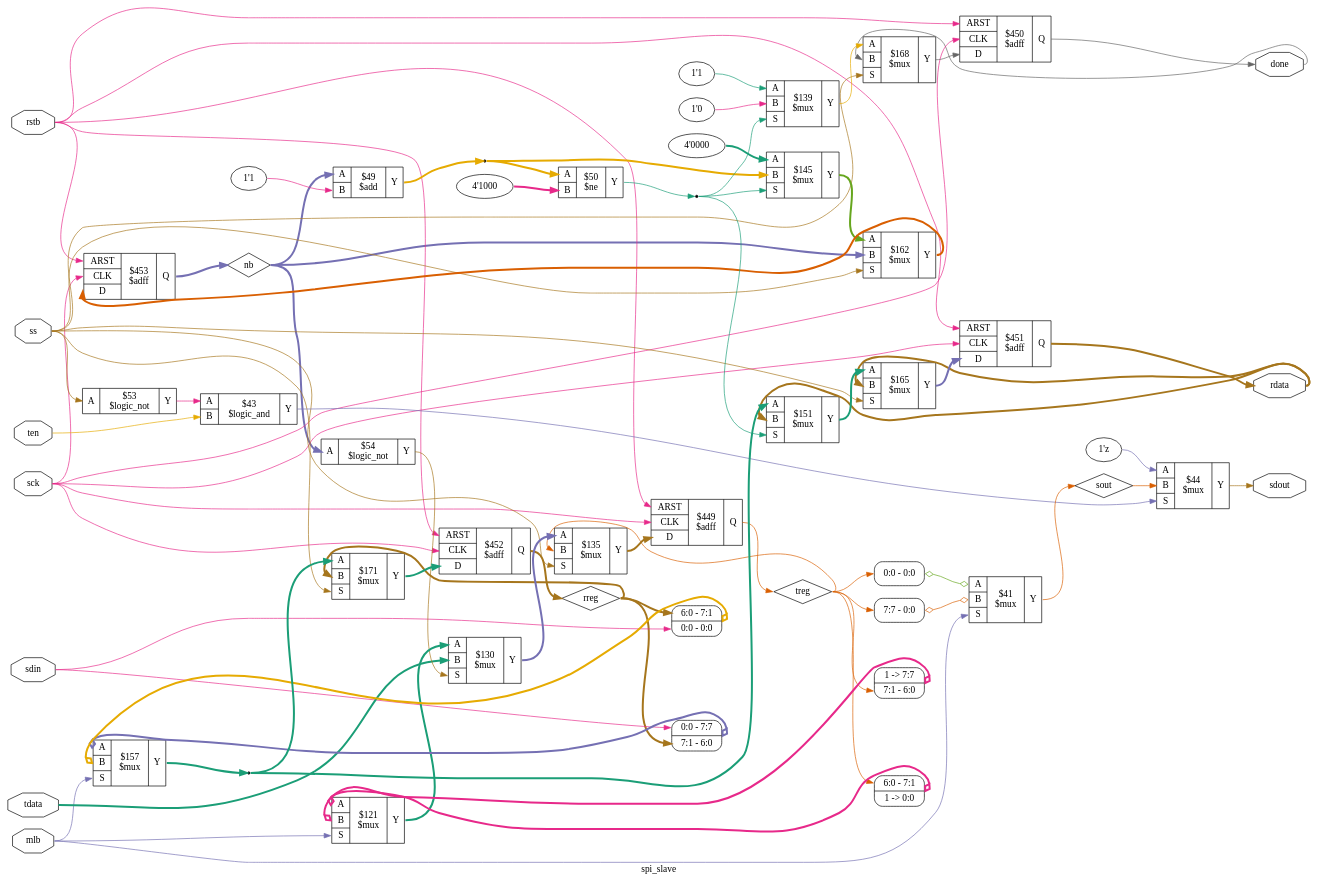
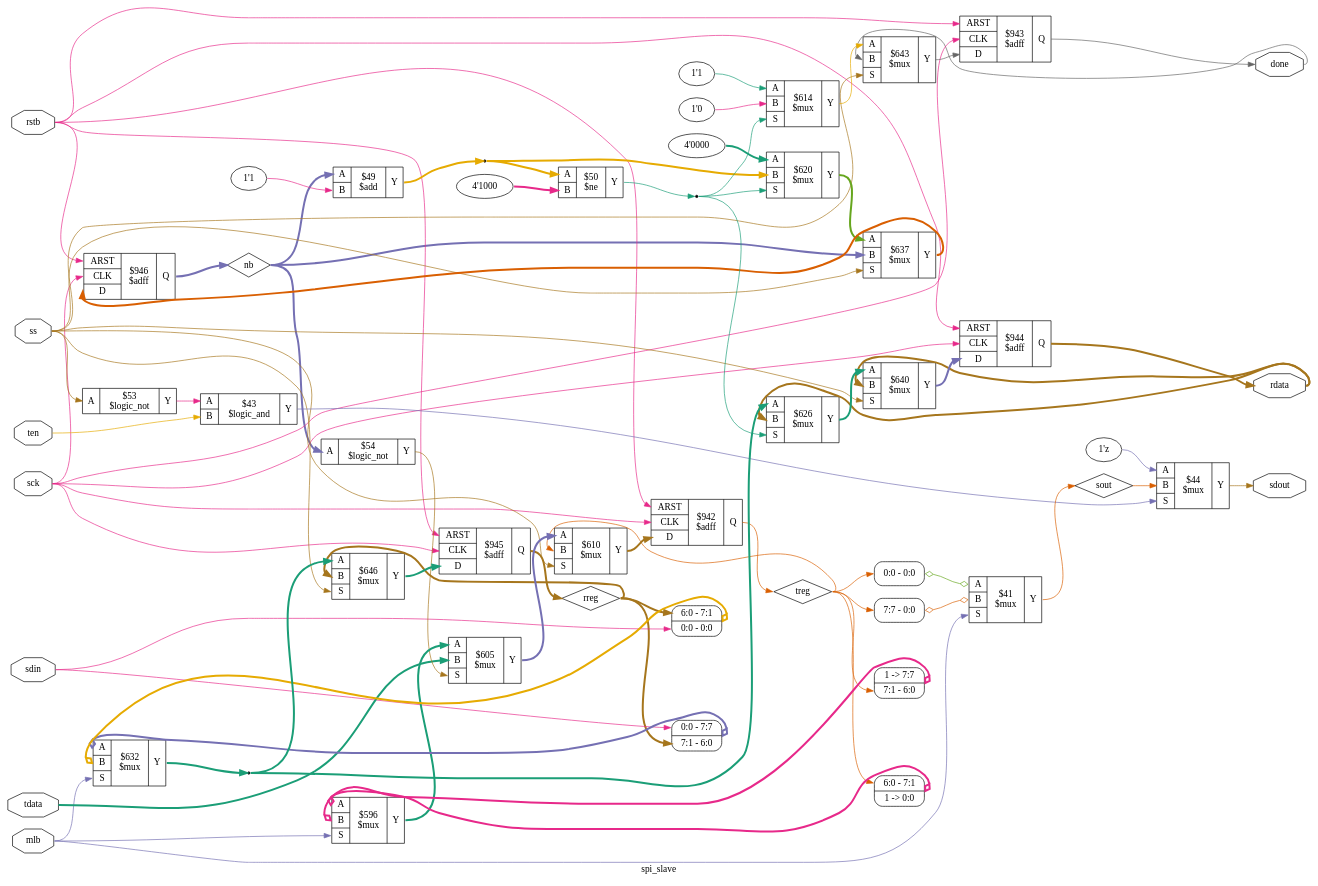
Before and after one commit to TDT4295-2019-groupA/FPGA: the diagram in graphs/yosys/spi_slave_opt.dot, drawn with Graphviz. The commit also changed 81 other files, not shown here.

Commit message:
run make graphs

```diff
--- a/graphs/yosys/spi_slave_opt.dot
+++ b/graphs/yosys/spi_slave_opt.dot
@@ -1,139 +1,139 @@
 digraph "spi_slave" {
 label="spi_slave";
 rankdir="LR";
 remincross=true;
 n17 [ shape=octagon, label="done", color="black", fontcolor="black" ];
 n18 [ shape=octagon, label="mlb", color="black", fontcolor="black" ];
 n19 [ shape=diamond, label="nb", color="black", fontcolor="black" ];
 n20 [ shape=octagon, label="rdata", color="black", fontcolor="black" ];
 n21 [ shape=diamond, label="rreg", color="black", fontcolor="black" ];
 n22 [ shape=octagon, label="rstb", color="black", fontcolor="black" ];
 n23 [ shape=octagon, label="sck", color="black", fontcolor="black" ];
 n24 [ shape=octagon, label="sdin", color="black", fontcolor="black" ];
 n25 [ shape=octagon, label="sdout", color="black", fontcolor="black" ];
 n26 [ shape=diamond, label="sout", color="black", fontcolor="black" ];
 n27 [ shape=octagon, label="ss", color="black", fontcolor="black" ];
 n28 [ shape=octagon, label="tdata", color="black", fontcolor="black" ];
 n29 [ shape=octagon, label="ten", color="black", fontcolor="black" ];
 n30 [ shape=diamond, label="treg", color="black", fontcolor="black" ];
 { rank="source"; n18; n22; n23; n24; n27; n28; n29;}
 { rank="sink"; n17; n20; n25;}
 v0 [ label="1'1" ];
 c34 [ shape=record, label="{{<p31> A|<p32> B}|$49\n$add|{<p33> Y}}" ];
 c35 [ shape=record, label="{{<p31> A}|$54\n$logic_not|{<p33> Y}}" ];
 c36 [ shape=record, label="{{<p31> A|<p32> B}|$43\n$logic_and|{<p33> Y}}" ];
 c37 [ shape=record, label="{{<p31> A}|$53\n$logic_not|{<p33> Y}}" ];
 v1 [ label="4'1000" ];
 c38 [ shape=record, label="{{<p31> A|<p32> B}|$50\n$ne|{<p33> Y}}" ];
-c43 [ shape=record, label="{{<p39> ARST|<p40> CLK|<p41> D}|$449\n$adff|{<p42> Q}}" ];
-c44 [ shape=record, label="{{<p39> ARST|<p40> CLK|<p41> D}|$450\n$adff|{<p42> Q}}" ];
-c45 [ shape=record, label="{{<p39> ARST|<p40> CLK|<p41> D}|$451\n$adff|{<p42> Q}}" ];
-c46 [ shape=record, label="{{<p39> ARST|<p40> CLK|<p41> D}|$452\n$adff|{<p42> Q}}" ];
-c47 [ shape=record, label="{{<p39> ARST|<p40> CLK|<p41> D}|$453\n$adff|{<p42> Q}}" ];
-c49 [ shape=record, label="{{<p31> A|<p32> B|<p48> S}|$121\n$mux|{<p33> Y}}" ];
+c43 [ shape=record, label="{{<p39> ARST|<p40> CLK|<p41> D}|$942\n$adff|{<p42> Q}}" ];
+c44 [ shape=record, label="{{<p39> ARST|<p40> CLK|<p41> D}|$943\n$adff|{<p42> Q}}" ];
+c45 [ shape=record, label="{{<p39> ARST|<p40> CLK|<p41> D}|$944\n$adff|{<p42> Q}}" ];
+c46 [ shape=record, label="{{<p39> ARST|<p40> CLK|<p41> D}|$945\n$adff|{<p42> Q}}" ];
+c47 [ shape=record, label="{{<p39> ARST|<p40> CLK|<p41> D}|$946\n$adff|{<p42> Q}}" ];
+c49 [ shape=record, label="{{<p31> A|<p32> B|<p48> S}|$596\n$mux|{<p33> Y}}" ];
 x2 [ shape=record, style=rounded, label="1 -&gt; 7:7 |<s0> 7:1 - 6:0 " ];
 x2:e -> c49:p31:w [arrowhead=odiamond, arrowtail=odiamond, dir=both, colorscheme="dark28", color="4", fontcolor="4", style="setlinewidth(3)", label=""];
 x3 [ shape=record, style=rounded, label="<s1> 6:0 - 7:1 |1 -&gt; 0:0 " ];
 x3:e -> c49:p32:w [arrowhead=odiamond, arrowtail=odiamond, dir=both, colorscheme="dark28", color="4", fontcolor="4", style="setlinewidth(3)", label=""];
-c50 [ shape=record, label="{{<p31> A|<p32> B|<p48> S}|$130\n$mux|{<p33> Y}}" ];
-c51 [ shape=record, label="{{<p31> A|<p32> B|<p48> S}|$135\n$mux|{<p33> Y}}" ];
+c50 [ shape=record, label="{{<p31> A|<p32> B|<p48> S}|$605\n$mux|{<p33> Y}}" ];
+c51 [ shape=record, label="{{<p31> A|<p32> B|<p48> S}|$610\n$mux|{<p33> Y}}" ];
 v4 [ label="1'1" ];
 v5 [ label="1'0" ];
-c52 [ shape=record, label="{{<p31> A|<p32> B|<p48> S}|$139\n$mux|{<p33> Y}}" ];
+c52 [ shape=record, label="{{<p31> A|<p32> B|<p48> S}|$614\n$mux|{<p33> Y}}" ];
 v6 [ label="4'0000" ];
-c53 [ shape=record, label="{{<p31> A|<p32> B|<p48> S}|$145\n$mux|{<p33> Y}}" ];
-c54 [ shape=record, label="{{<p31> A|<p32> B|<p48> S}|$151\n$mux|{<p33> Y}}" ];
-c55 [ shape=record, label="{{<p31> A|<p32> B|<p48> S}|$157\n$mux|{<p33> Y}}" ];
+c53 [ shape=record, label="{{<p31> A|<p32> B|<p48> S}|$620\n$mux|{<p33> Y}}" ];
+c54 [ shape=record, label="{{<p31> A|<p32> B|<p48> S}|$626\n$mux|{<p33> Y}}" ];
+c55 [ shape=record, label="{{<p31> A|<p32> B|<p48> S}|$632\n$mux|{<p33> Y}}" ];
 x7 [ shape=record, style=rounded, label="<s1> 0:0 - 7:7 |<s0> 7:1 - 6:0 " ];
 x7:e -> c55:p31:w [arrowhead=odiamond, arrowtail=odiamond, dir=both, colorscheme="dark28", color="3", fontcolor="3", style="setlinewidth(3)", label=""];
 x8 [ shape=record, style=rounded, label="<s1> 6:0 - 7:1 |<s0> 0:0 - 0:0 " ];
 x8:e -> c55:p32:w [arrowhead=odiamond, arrowtail=odiamond, dir=both, colorscheme="dark28", color="6", fontcolor="6", style="setlinewidth(3)", label=""];
-c56 [ shape=record, label="{{<p31> A|<p32> B|<p48> S}|$162\n$mux|{<p33> Y}}" ];
-c57 [ shape=record, label="{{<p31> A|<p32> B|<p48> S}|$165\n$mux|{<p33> Y}}" ];
-c58 [ shape=record, label="{{<p31> A|<p32> B|<p48> S}|$168\n$mux|{<p33> Y}}" ];
-c59 [ shape=record, label="{{<p31> A|<p32> B|<p48> S}|$171\n$mux|{<p33> Y}}" ];
+c56 [ shape=record, label="{{<p31> A|<p32> B|<p48> S}|$637\n$mux|{<p33> Y}}" ];
+c57 [ shape=record, label="{{<p31> A|<p32> B|<p48> S}|$640\n$mux|{<p33> Y}}" ];
+c58 [ shape=record, label="{{<p31> A|<p32> B|<p48> S}|$643\n$mux|{<p33> Y}}" ];
+c59 [ shape=record, label="{{<p31> A|<p32> B|<p48> S}|$646\n$mux|{<p33> Y}}" ];
 c60 [ shape=record, label="{{<p31> A|<p32> B|<p48> S}|$41\n$mux|{<p33> Y}}" ];
 x9 [ shape=record, style=rounded, label="<s0> 0:0 - 0:0 " ];
 x9:e -> c60:p31:w [arrowhead=odiamond, arrowtail=odiamond, dir=both, colorscheme="dark28", color="5", fontcolor="5", label=""];
 x10 [ shape=record, style=rounded, label="<s0> 7:7 - 0:0 " ];
 x10:e -> c60:p32:w [arrowhead=odiamond, arrowtail=odiamond, dir=both, colorscheme="dark28", color="2", fontcolor="2", label=""];
 v11 [ label="1'z" ];
 c61 [ shape=record, label="{{<p31> A|<p32> B|<p48> S}|$44\n$mux|{<p33> Y}}" ];
 c58:p33:e -> c44:p41:w [colorscheme="dark28", color="8", fontcolor="8", label=""];
 c50:p33:e -> c51:p31:w [colorscheme="dark28", color="3", fontcolor="3", style="setlinewidth(3)", label=""];
 c49:p33:e -> c50:p31:w [colorscheme="dark28", color="1", fontcolor="1", style="setlinewidth(3)", label=""];
 n12 [ shape=point ];
 c34:p33:e -> n12:w [colorscheme="dark28", color="6", fontcolor="6", style="setlinewidth(3)", label=""];
 n12:e -> c38:p31:w [colorscheme="dark28", color="6", fontcolor="6", style="setlinewidth(3)", label=""];
 n12:e -> c53:p32:w [colorscheme="dark28", color="6", fontcolor="6", style="setlinewidth(3)", label=""];
 c35:p33:e -> c50:p48:w [colorscheme="dark28", color="7", fontcolor="7", label=""];
 c36:p33:e -> c61:p48:w [colorscheme="dark28", color="3", fontcolor="3", label=""];
 c37:p33:e -> c36:p31:w [colorscheme="dark28", color="4", fontcolor="4", label=""];
 n16 [ shape=point ];
 c38:p33:e -> n16:w [colorscheme="dark28", color="1", fontcolor="1", label=""];
 n16:e -> c52:p48:w [colorscheme="dark28", color="1", fontcolor="1", label=""];
 n16:e -> c53:p48:w [colorscheme="dark28", color="1", fontcolor="1", label=""];
 n16:e -> c54:p48:w [colorscheme="dark28", color="1", fontcolor="1", label=""];
 c44:p42:e -> n17:w [colorscheme="dark28", color="8", fontcolor="8", label=""];
 n17:e -> c58:p32:w [colorscheme="dark28", color="8", fontcolor="8", label=""];
 n18:e -> c49:p48:w [colorscheme="dark28", color="3", fontcolor="3", label=""];
 n18:e -> c55:p48:w [colorscheme="dark28", color="3", fontcolor="3", label=""];
 n18:e -> c60:p48:w [colorscheme="dark28", color="3", fontcolor="3", label=""];
 c47:p42:e -> n19:w [colorscheme="dark28", color="3", fontcolor="3", style="setlinewidth(3)", label=""];
 n19:e -> c34:p31:w [colorscheme="dark28", color="3", fontcolor="3", style="setlinewidth(3)", label=""];
 n19:e -> c35:p31:w [colorscheme="dark28", color="3", fontcolor="3", style="setlinewidth(3)", label=""];
 n19:e -> c56:p32:w [colorscheme="dark28", color="3", fontcolor="3", style="setlinewidth(3)", label=""];
 c56:p33:e -> c47:p41:w [colorscheme="dark28", color="2", fontcolor="2", style="setlinewidth(3)", label=""];
 c45:p42:e -> n20:w [colorscheme="dark28", color="7", fontcolor="7", style="setlinewidth(3)", label=""];
 n20:e -> c54:p32:w [colorscheme="dark28", color="7", fontcolor="7", style="setlinewidth(3)", label=""];
 n20:e -> c57:p32:w [colorscheme="dark28", color="7", fontcolor="7", style="setlinewidth(3)", label=""];
 c46:p42:e -> n21:w [colorscheme="dark28", color="7", fontcolor="7", style="setlinewidth(3)", label=""];
 n21:e -> c59:p32:w [colorscheme="dark28", color="7", fontcolor="7", style="setlinewidth(3)", label=""];
 n21:e -> x7:s0:w [colorscheme="dark28", color="7", fontcolor="7", style="setlinewidth(3)", label=""];
 n21:e -> x8:s1:w [colorscheme="dark28", color="7", fontcolor="7", style="setlinewidth(3)", label=""];
 n22:e -> c43:p39:w [colorscheme="dark28", color="4", fontcolor="4", label=""];
 n22:e -> c44:p39:w [colorscheme="dark28", color="4", fontcolor="4", label=""];
 n22:e -> c45:p39:w [colorscheme="dark28", color="4", fontcolor="4", label=""];
 n22:e -> c46:p39:w [colorscheme="dark28", color="4", fontcolor="4", label=""];
 n22:e -> c47:p39:w [colorscheme="dark28", color="4", fontcolor="4", label=""];
 n23:e -> c43:p40:w [colorscheme="dark28", color="4", fontcolor="4", label=""];
 n23:e -> c44:p40:w [colorscheme="dark28", color="4", fontcolor="4", label=""];
 n23:e -> c45:p40:w [colorscheme="dark28", color="4", fontcolor="4", label=""];
 n23:e -> c46:p40:w [colorscheme="dark28", color="4", fontcolor="4", label=""];
 n23:e -> c47:p40:w [colorscheme="dark28", color="4", fontcolor="4", label=""];
 n24:e -> x7:s1:w [colorscheme="dark28", color="4", fontcolor="4", label=""];
 n24:e -> x8:s0:w [colorscheme="dark28", color="4", fontcolor="4", label=""];
 c61:p33:e -> n25:w [colorscheme="dark28", color="7", fontcolor="7", label=""];
 c60:p33:e -> n26:w [colorscheme="dark28", color="2", fontcolor="2", label=""];
 n26:e -> c61:p32:w [colorscheme="dark28", color="2", fontcolor="2", label=""];
 n27:e -> c37:p31:w [colorscheme="dark28", color="7", fontcolor="7", label=""];
 n27:e -> c51:p48:w [colorscheme="dark28", color="7", fontcolor="7", label=""];
 n27:e -> c56:p48:w [colorscheme="dark28", color="7", fontcolor="7", label=""];
 n27:e -> c57:p48:w [colorscheme="dark28", color="7", fontcolor="7", label=""];
 n27:e -> c58:p48:w [colorscheme="dark28", color="7", fontcolor="7", label=""];
 n27:e -> c59:p48:w [colorscheme="dark28", color="7", fontcolor="7", label=""];
 n28:e -> c50:p32:w [colorscheme="dark28", color="1", fontcolor="1", style="setlinewidth(3)", label=""];
 n29:e -> c36:p32:w [colorscheme="dark28", color="6", fontcolor="6", label=""];
 c57:p33:e -> c45:p41:w [colorscheme="dark28", color="3", fontcolor="3", style="setlinewidth(3)", label=""];
 c43:p42:e -> n30:w [colorscheme="dark28", color="2", fontcolor="2", label=""];
 n30:e -> c51:p32:w [colorscheme="dark28", color="2", fontcolor="2", label=""];
 n30:e -> x10:s0:w [colorscheme="dark28", color="2", fontcolor="2", label=""];
 n30:e -> x2:s0:w [colorscheme="dark28", color="2", fontcolor="2", label=""];
 n30:e -> x3:s1:w [colorscheme="dark28", color="2", fontcolor="2", label=""];
 n30:e -> x9:s0:w [colorscheme="dark28", color="2", fontcolor="2", label=""];
 c59:p33:e -> c46:p41:w [colorscheme="dark28", color="1", fontcolor="1", style="setlinewidth(3)", label=""];
 c51:p33:e -> c43:p41:w [colorscheme="dark28", color="7", fontcolor="7", style="setlinewidth(3)", label=""];
 c52:p33:e -> c58:p31:w [colorscheme="dark28", color="6", fontcolor="6", label=""];
 c53:p33:e -> c56:p31:w [colorscheme="dark28", color="5", fontcolor="5", style="setlinewidth(3)", label=""];
 c54:p33:e -> c57:p31:w [colorscheme="dark28", color="1", fontcolor="1", style="setlinewidth(3)", label=""];
 n9 [ shape=point ];
 c55:p33:e -> n9:w [colorscheme="dark28", color="1", fontcolor="1", style="setlinewidth(3)", label=""];
 n9:e -> c54:p31:w [colorscheme="dark28", color="1", fontcolor="1", style="setlinewidth(3)", label=""];
 n9:e -> c59:p31:w [colorscheme="dark28", color="1", fontcolor="1", style="setlinewidth(3)", label=""];
 v0:e -> c34:p32:w [colorscheme="dark28", color="4", fontcolor="4", label=""];
 v1:e -> c38:p32:w [colorscheme="dark28", color="4", fontcolor="4", style="setlinewidth(3)", label=""];
 v11:e -> c61:p31:w [colorscheme="dark28", color="3", fontcolor="3", label=""];
 v4:e -> c52:p31:w [colorscheme="dark28", color="1", fontcolor="1", label=""];
 v5:e -> c52:p32:w [colorscheme="dark28", color="4", fontcolor="4", label=""];
 v6:e -> c53:p31:w [colorscheme="dark28", color="1", fontcolor="1", style="setlinewidth(3)", label=""];
 }
```
